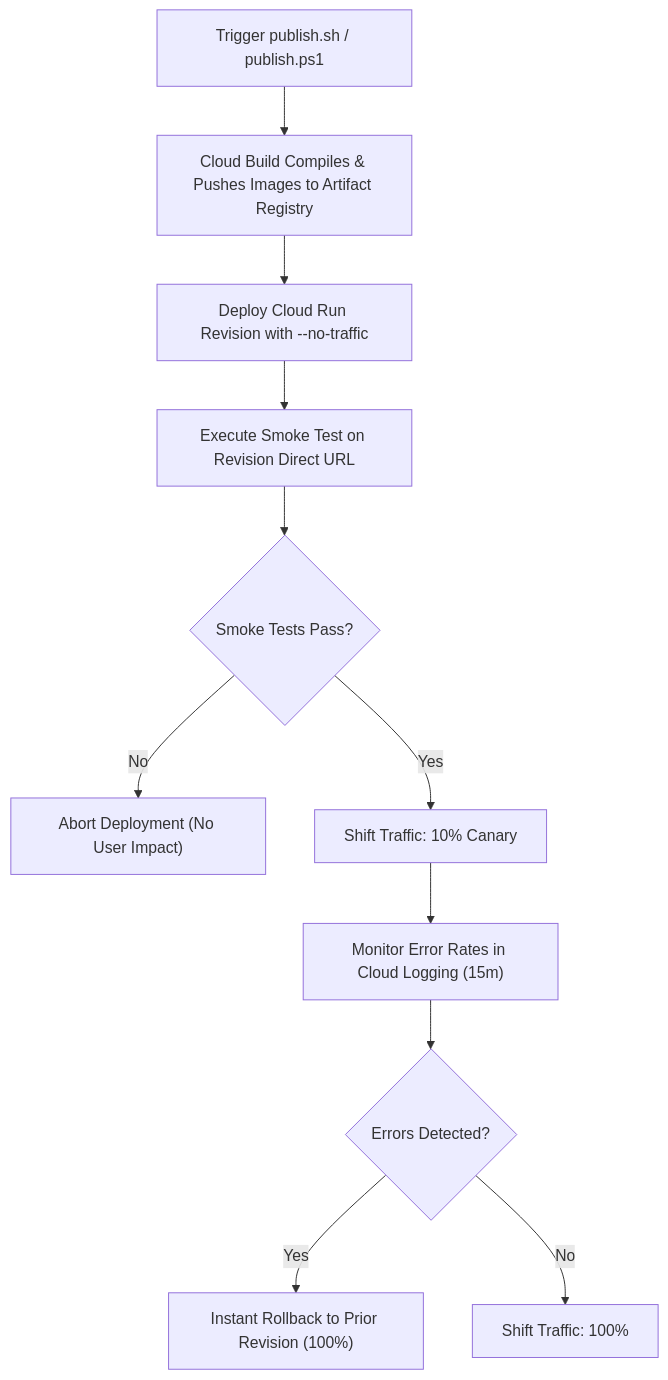
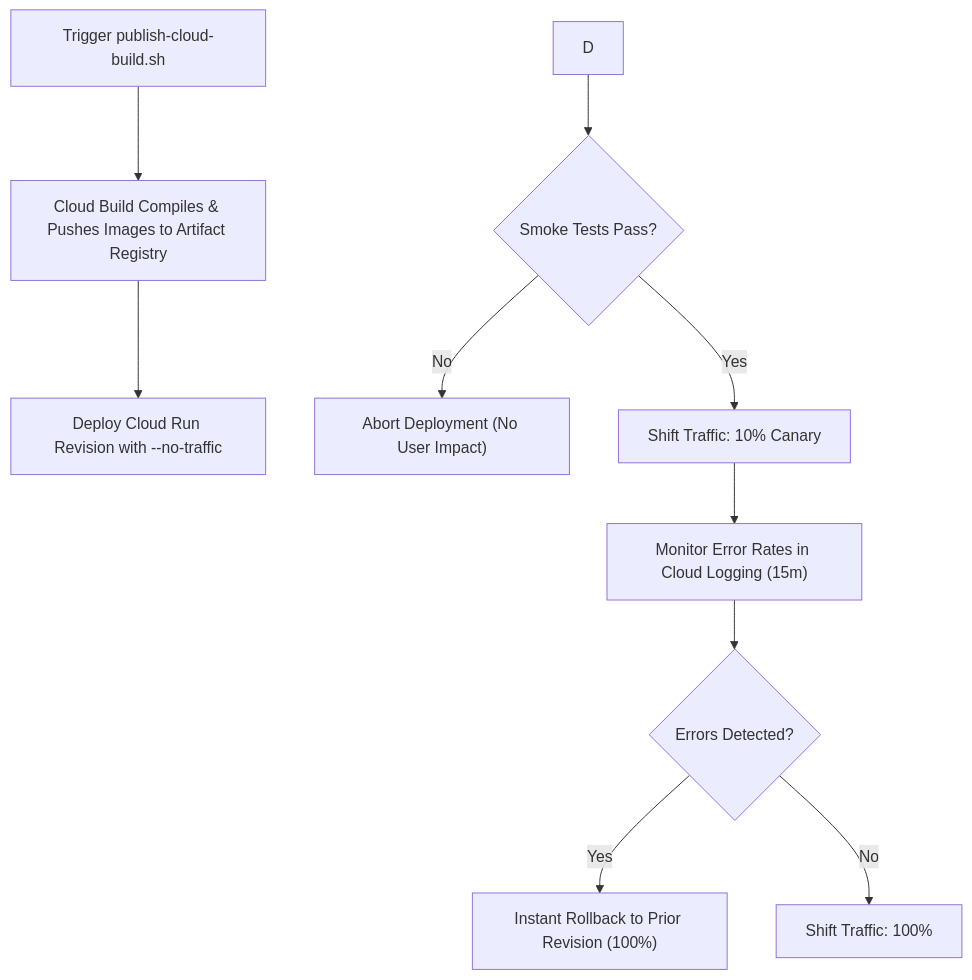
The diagram in docs/runbooks/sop-release-and-rollback.md (AmineMokhtari/odata-gateway-bq), drawn with Mermaid before and after one commit. The commit also changed other lines of this file and 5 other files, not shown here.

````diff
--- a/docs/runbooks/sop-release-and-rollback.md
+++ b/docs/runbooks/sop-release-and-rollback.md
@@ -27,13 +27,12 @@
 ```mermaid
 flowchart TD
-    A["Trigger publish.sh / publish.ps1"] --> B["Cloud Build Compiles & Pushes Images to Artifact Registry"]
+    A["Trigger publish-cloud-build.sh"] --> B["Cloud Build Compiles & Pushes Images to Artifact Registry"]
     B --> C["Deploy Cloud Run Revision with --no-traffic"]
-    C --> D["Execute Smoke Test on Revision Direct URL"]
     D --> E{"Smoke Tests Pass?"}
     E -- "No" --> F["Abort Deployment (No User Impact)"]
     E -- "Yes" --> G["Shift Traffic: 10% Canary"]
     G --> H["Monitor Error Rates in Cloud Logging (15m)"]
     H --> I{"Errors Detected?"}
     I -- "Yes" --> J["Instant Rollback to Prior Revision (100%)"]
     I -- "No" --> K["Shift Traffic: 100%"]
 ```
````
